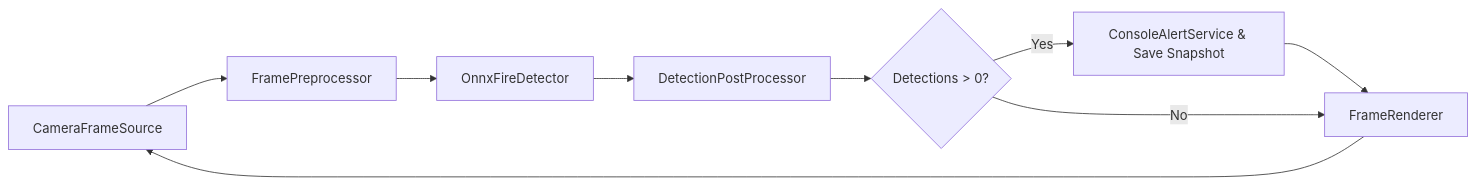
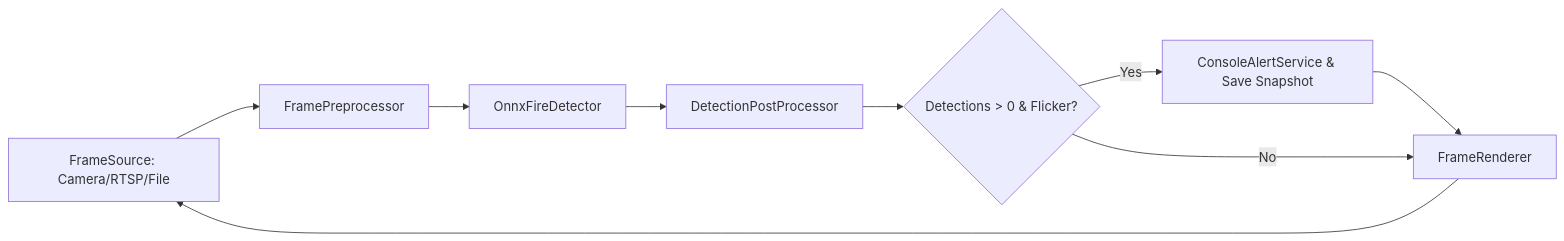
Before and after one commit to akinmiday/FireDetection: the diagram in Readme.md, drawn with Mermaid. The commit also changed other lines of this file and 6 other files, not shown here.

````diff
--- a/Readme.md
+++ b/Readme.md
@@ -40,15 +43,14 @@
 ```mermaid
 flowchart LR
-    A[CameraFrameSource]
+    A[FrameSource: Camera/RTSP/File]
     B[FramePreprocessor]
     C[OnnxFireDetector]
     D[DetectionPostProcessor]
-    E{Detections > 0?}
+    E{Detections > 0 & Flicker?}
     F[ConsoleAlertService & Save Snapshot]
     G[FrameRenderer]
-
     A --> B --> C --> D --> E
     E -- Yes --> F --> G
     E -- No  --> G
     G --> A
 ```
````
